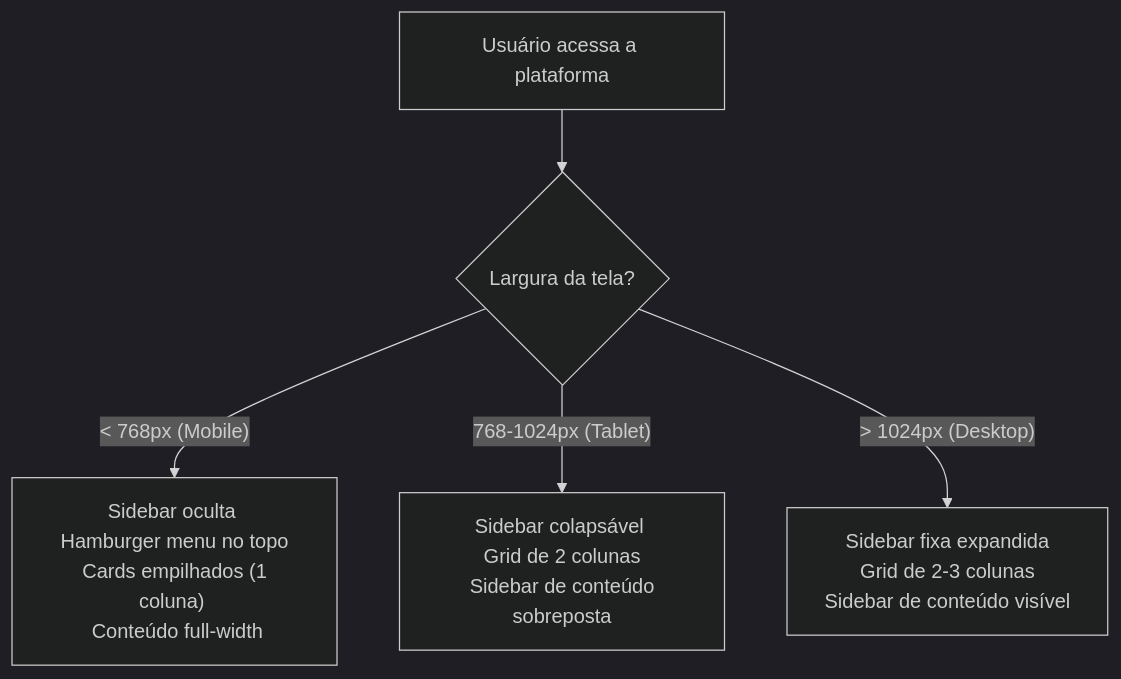
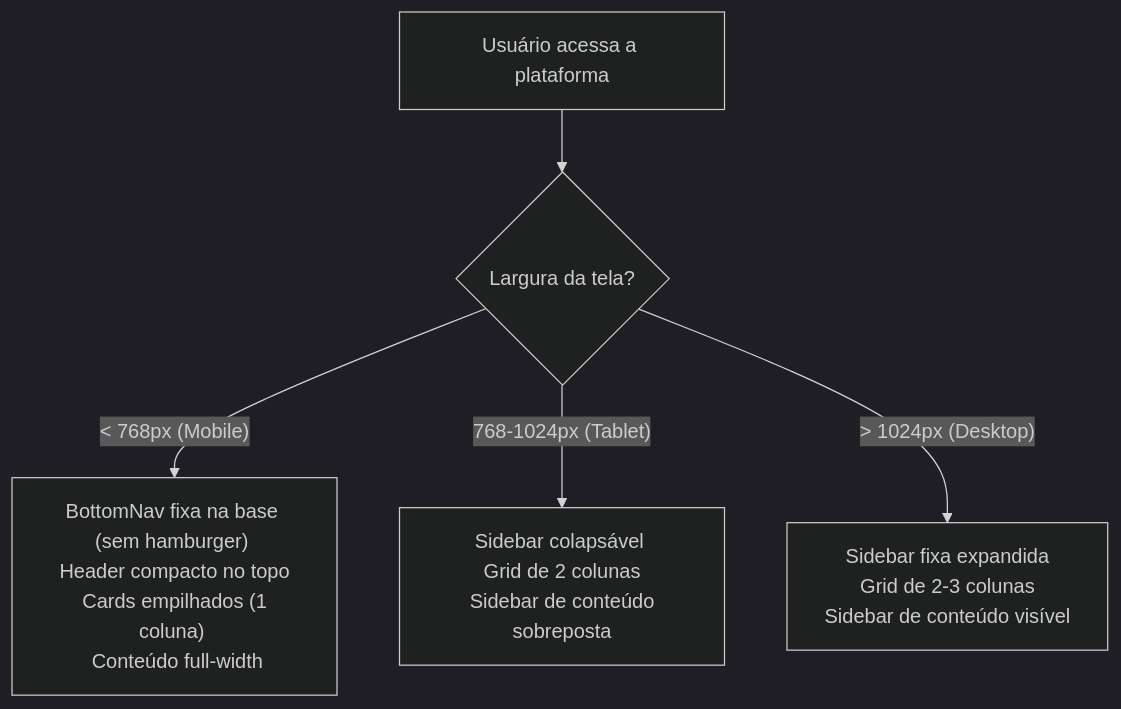
One commit to SiadeLucas/Tutor-Inteligente changed the second of 4 diagrams in docs-site/docs/modules/interface/flow/navegacao.md. Above: the diagram before and after it, drawn with Mermaid (dark theme). The commit also changed other lines of this file and 70 other files, not shown here.

````diff
--- a/docs-site/docs/modules/interface/flow/navegacao.md
+++ b/docs-site/docs/modules/interface/flow/navegacao.md
@@ -33,7 +33,7 @@
 ```mermaid
 flowchart TD
     A["Usuário acessa a plataforma"] --> B{"Largura da tela?"}
-    B -->|"< 768px (Mobile)"| C["Sidebar oculta \n Hamburger menu no topo \n Cards empilhados (1 coluna) \n Conteúdo full-width"]
+    B -->|"< 768px (Mobile)"| C["BottomNav fixa na base (sem hamburger) \n Header compacto no topo \n Cards empilhados (1 coluna) \n Conteúdo full-width"]
     B -->|"768-1024px (Tablet)"| D["Sidebar colapsável \n Grid de 2 colunas \n Sidebar de conteúdo sobreposta"]
     B -->|"> 1024px (Desktop)"| E["Sidebar fixa expandida \n Grid de 2-3 colunas \n Sidebar de conteúdo visível"]
 ```
````
